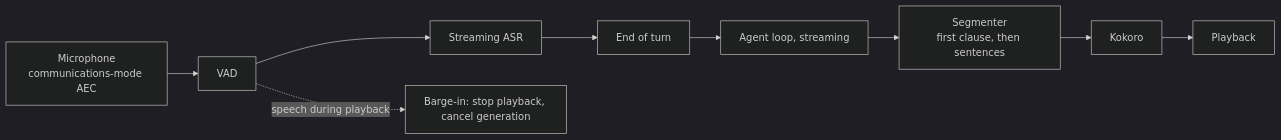
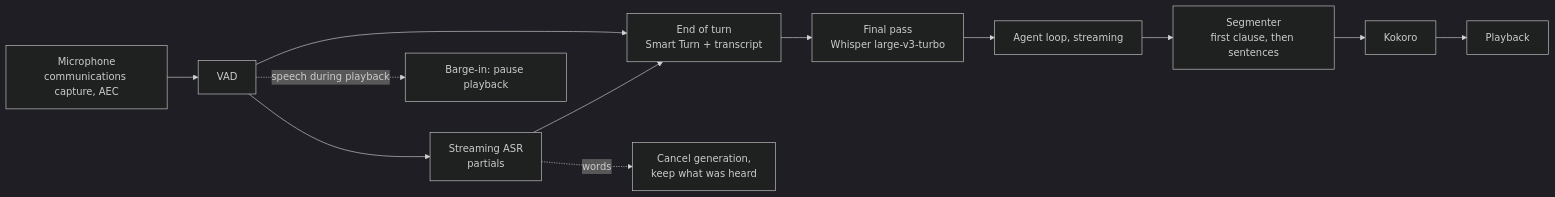
The second of 2 diagrams in docs/local-ai.md (smile-forge/nexaflow), drawn with Mermaid (dark theme) before and after one commit. The commit also changed other lines of this file, not shown here.

````diff
--- a/docs/local-ai.md
+++ b/docs/local-ai.md
@@ -264,7 +284,9 @@
 ```mermaid
 flowchart LR
-    mic[Microphone<br/>communications-mode AEC] --> vad[VAD] --> asr[Streaming ASR]
-    asr --> turn[End of turn] --> loop[Agent loop, streaming]
+    mic[Microphone<br/>communications capture, AEC] --> vad[VAD] --> asr[Streaming ASR<br/>partials]
+    vad --> turn
+    asr --> turn[End of turn<br/>Smart Turn + transcript] --> final[Final pass<br/>Whisper large-v3-turbo] --> loop[Agent loop, streaming]
     loop --> seg[Segmenter<br/>first clause, then sentences] --> tts[Kokoro] --> out[Playback]
-    vad -. speech during playback .-> barge[Barge-in: stop playback, cancel generation]
+    vad -. speech during playback .-> barge[Barge-in: pause playback]
+    asr -. words .-> cancel[Cancel generation,<br/>keep what was heard]
 ```
````
